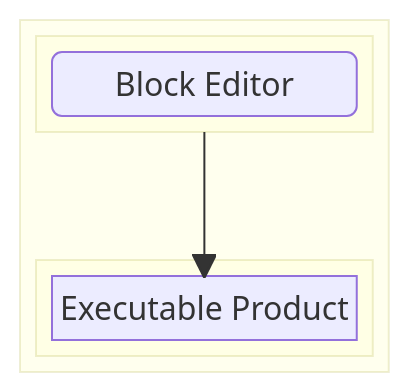
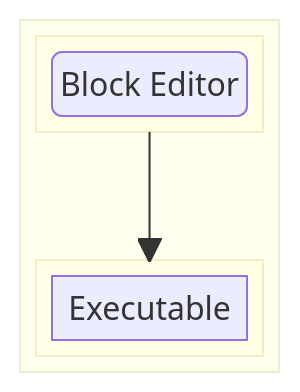
One commit to IsaacMcCracken/hacked26 changed the diagram in README.md. Above: the diagram before and after it, drawn with Mermaid. The commit also changed other lines of this file and 1 other file, not shown here.

Commit message:
docs: README wording change

````diff
--- a/README.md
+++ b/README.md
@@ -7,15 +7,15 @@
 ```mermaid
 block
 columns 1
   block:development
     columns 1
     block:editor
         block_editor("Block Editor")
     end
     space
     block:output
-        product["Executable Product"]
+        executable["Executable"]
     end
   end
-  editor --> product
+  editor --> output
 ```
````
